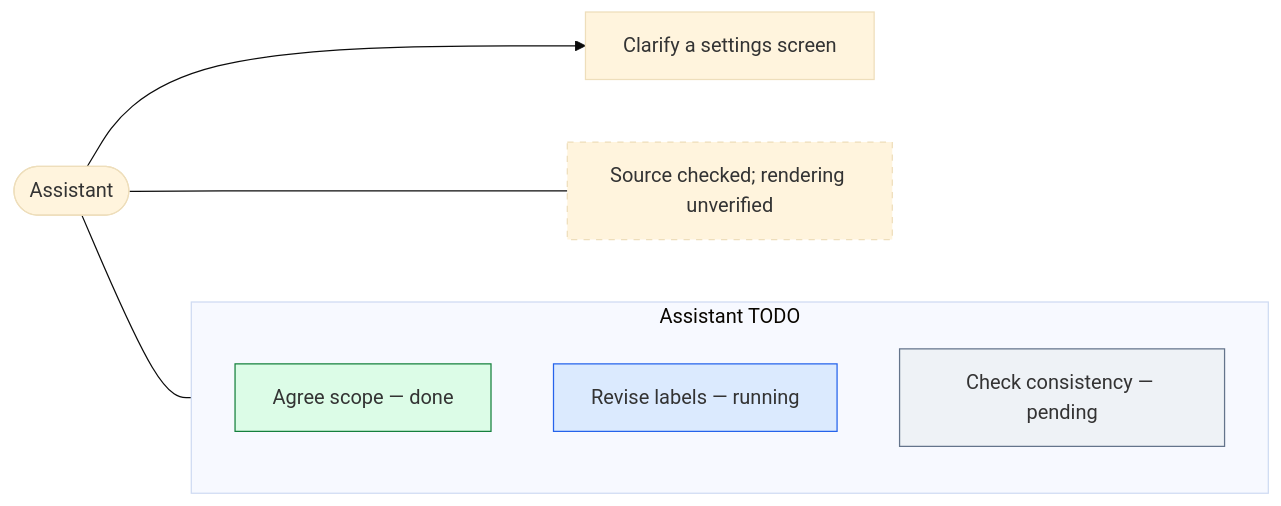
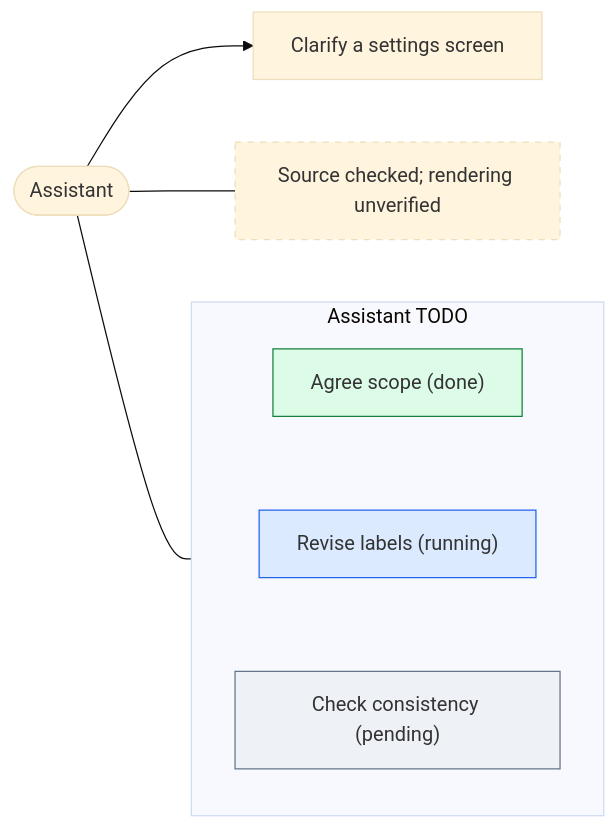
The diagram in skills/state-diagram/examples/single-assistant.md (bjorn/agent-state-diagram), drawn with Mermaid (base theme) before and after one commit. The commit also changed 5 other files, not shown here.

````diff
--- a/skills/state-diagram/examples/single-assistant.md
+++ b/skills/state-diagram/examples/single-assistant.md
@@ -3,23 +3,24 @@
 ```mermaid
 flowchart LR
   coord(["Assistant"])
   task["Clarify a settings screen"]
   coord --> task
 
   subgraph todo_main ["Assistant TODO"]
-    t_scope["Agree scope — done"]:::done
-    t_copy["Revise labels — running"]:::running
-    t_check["Check consistency — pending"]:::pending
+    t_scope["Agree scope (done)"]:::done
+    t_copy["Revise labels (running)"]:::running
+    t_check["Check consistency (pending)"]:::pending
+    t_scope ~~~ t_copy ~~~ t_check
   end
   coord --- todo_main
 
   view["Source checked; rendering unverified"]:::note
   coord --- view
 
   classDef pending fill:#eef2f6,stroke:#64748b
   classDef running fill:#dbeafe,stroke:#2563eb
   classDef waiting fill:#fef3c7,stroke:#b45309
   classDef blocked fill:#fee2e2,stroke:#b91c1c
   classDef done fill:#dcfce7,stroke:#15803d
   classDef note stroke-dasharray:5 5
 ```
````
